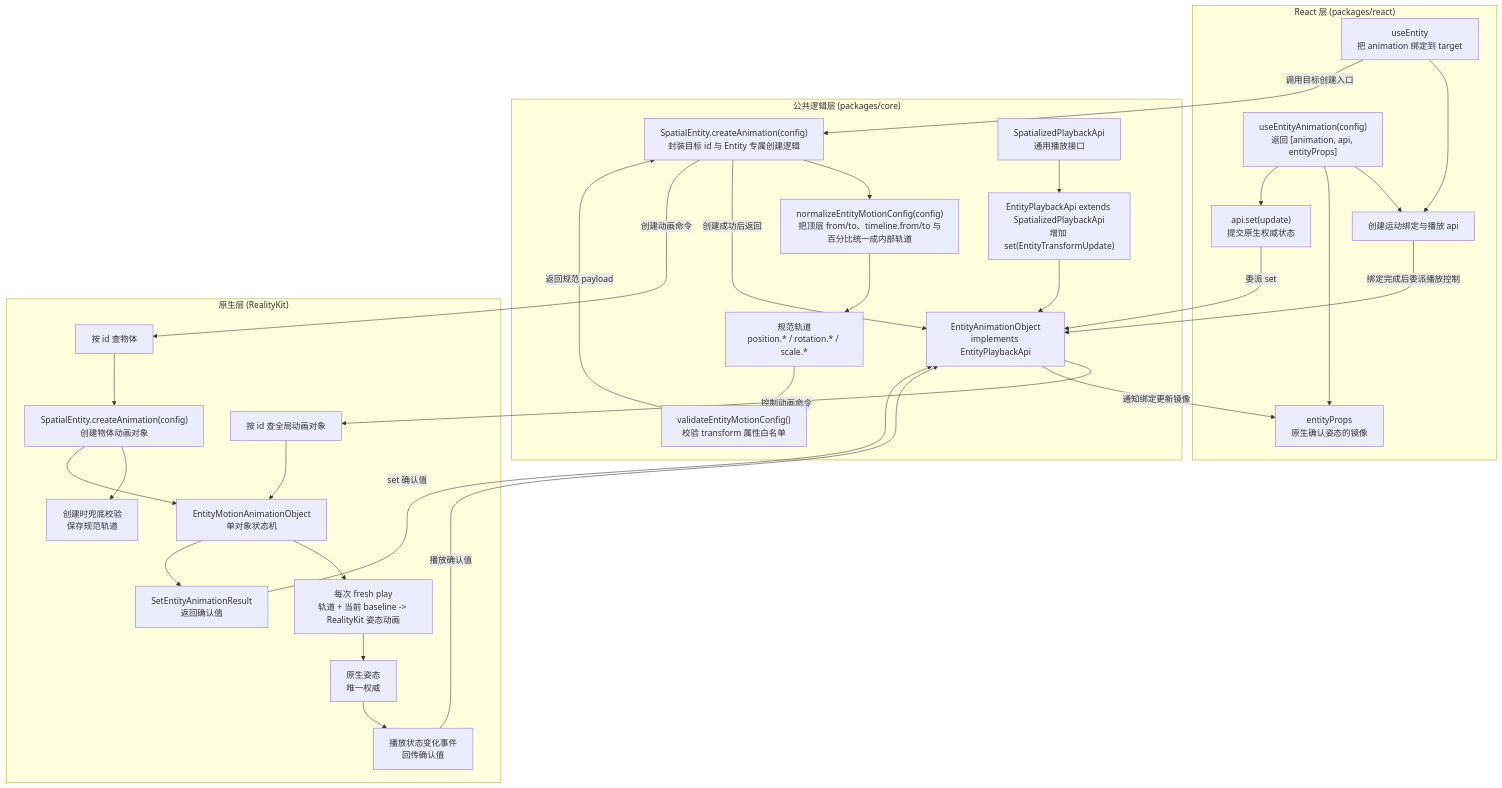
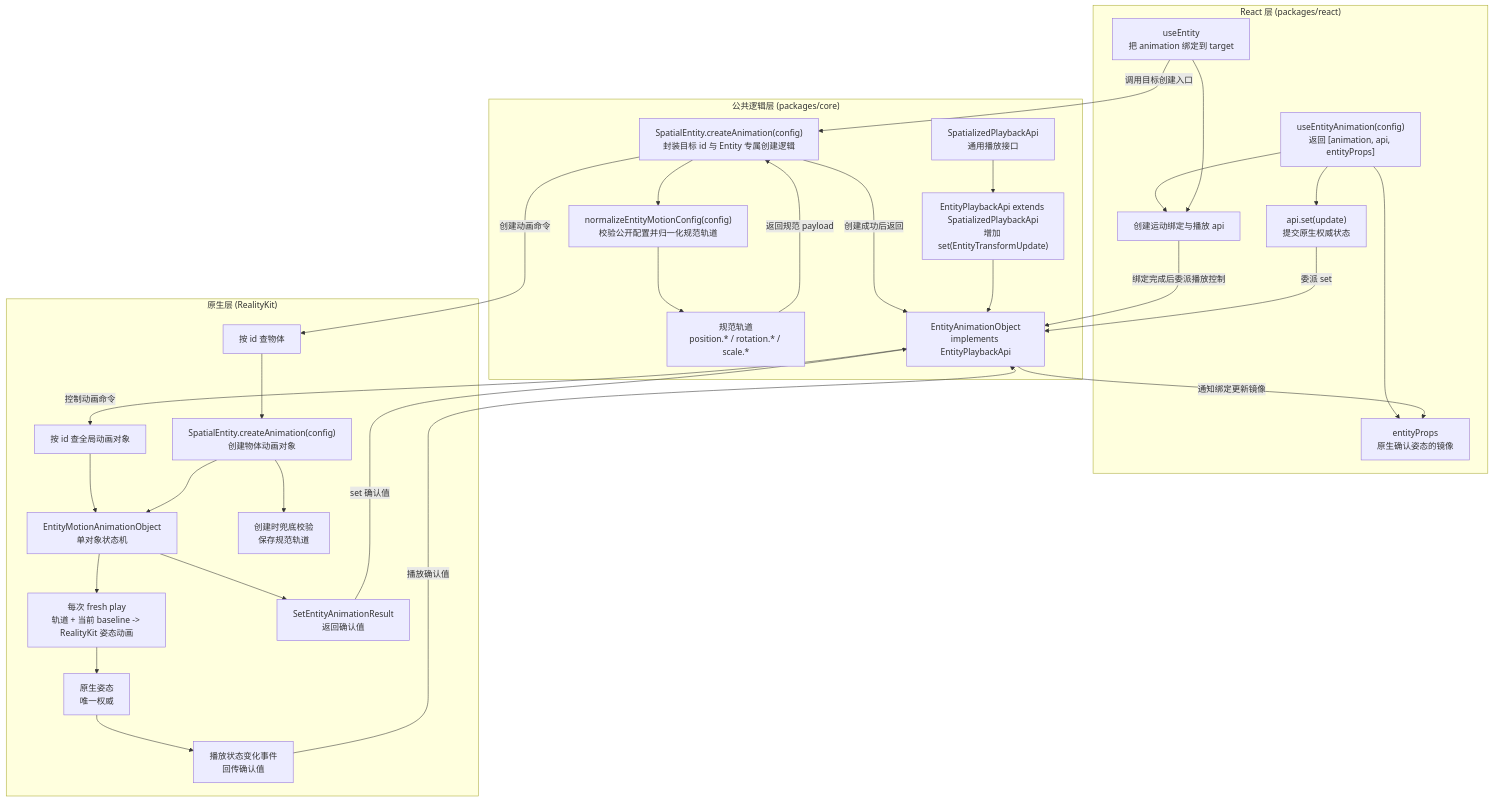
The first of 14 diagrams in openspec/changes/redesign-entity-motion-api/design.zh.md (webspatial/webspatial-sdk), drawn with Mermaid before and after one commit. The commit also changed other lines of this file and 1 other file, not shown here.

Commit message:
docs(openspec): align entity motion normalizer design

````diff
--- a/openspec/changes/redesign-entity-motion-api/design.zh.md
+++ b/openspec/changes/redesign-entity-motion-api/design.zh.md
@@ -117,63 +117,61 @@
 ```mermaid
 flowchart TB
     subgraph React["React 层 (packages/react)"]
         UseEntity["useEntityAnimation(config)<br/>返回 [animation, api, entityProps]"]
         ReactBinding["创建运动绑定与播放 api"]
         EntityProps["entityProps<br/>原生确认姿态的镜像"]
         ApiSet["api.set(update)<br/>提交原生权威状态"]
         BindTarget["useEntity<br/>把 animation 绑定到 target"]
 
         UseEntity --> ReactBinding
         UseEntity --> EntityProps
         UseEntity --> ApiSet
         BindTarget --> ReactBinding
     end
 
     subgraph Core["公共逻辑层 (packages/core)"]
         EntityCreate["SpatialEntity.createAnimation(config)<br/>封装目标 id 与 Entity 专属创建逻辑"]
-        Normalize["normalizeEntityMotionConfig(config)<br/>把顶层 from/to、timeline.from/to 与百分比统一成内部轨道"]
+        Normalize["normalizeEntityMotionConfig(config)<br/>校验公开配置并归一化规范轨道"]
         Tracks["规范轨道<br/>position.* / rotation.* / scale.*"]
-        Validate["validateEntityMotionConfig()<br/>校验 transform 属性白名单"]
         PlaybackApi["SpatializedPlaybackApi<br/>通用播放接口"]
         EntityApi["EntityPlaybackApi extends SpatializedPlaybackApi<br/>增加 set(EntityTransformUpdate)"]
         CoreAnimationObject["EntityAnimationObject<br/>implements EntityPlaybackApi"]
 
         EntityCreate --> Normalize
         Normalize --> Tracks
-        Tracks --> Validate
-        Validate -->|"返回规范 payload"| EntityCreate
+        Tracks -->|"返回规范 payload"| EntityCreate
         EntityCreate -->|"创建成功后返回"| CoreAnimationObject
         PlaybackApi --> EntityApi
         EntityApi --> CoreAnimationObject
     end
 
     subgraph Native["原生层 (RealityKit)"]
         Resolve["按 id 查物体"]
         ResolveAnimation["按 id 查全局动画对象"]
         EntityCreateNative["SpatialEntity.createAnimation(config)<br/>创建物体动画对象"]
         AnimationObject["EntityMotionAnimationObject<br/>单对象状态机"]
         NativeValidate["创建时兜底校验<br/>保存规范轨道"]
         Compile["每次 fresh play<br/>轨道 + 当前 baseline -> RealityKit 姿态动画"]
         Authority["原生姿态<br/>唯一权威"]
         Event["播放状态变化事件<br/>回传确认值"]
         SetResult["SetEntityAnimationResult<br/>返回确认值"]
 
         Resolve --> EntityCreateNative
         ResolveAnimation --> AnimationObject
         EntityCreateNative --> NativeValidate
         EntityCreateNative --> AnimationObject
         AnimationObject --> Compile
         Compile --> Authority
         Authority --> Event
         AnimationObject --> SetResult
     end
 
     BindTarget -->|"调用目标创建入口"| EntityCreate
     ReactBinding -->|"绑定完成后委派播放控制"| CoreAnimationObject
     ApiSet -->|"委派 set"| CoreAnimationObject
     EntityCreate -->|"创建动画命令"| Resolve
     CoreAnimationObject -->|"控制动画命令"| ResolveAnimation
     Event -->|"播放确认值"| CoreAnimationObject
     SetResult -->|"set 确认值"| CoreAnimationObject
     CoreAnimationObject -->|"通知绑定更新镜像"| EntityProps
 ```
````
